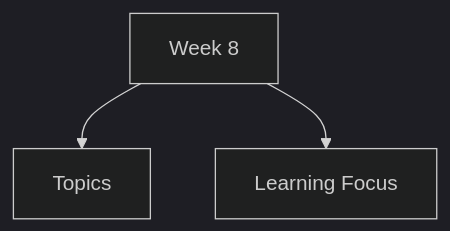
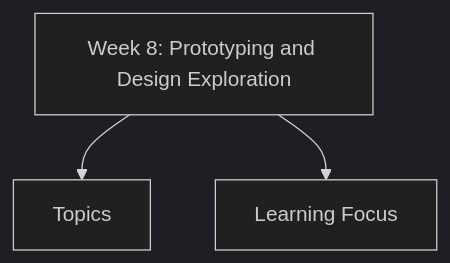
One commit to abdulahshoaib/ahci changed the diagram in content/docs/week-8/_index.md. Above: the diagram before and after it, drawn with Mermaid (dark theme). The commit also changed other lines of this file and 10 other files, not shown here.

````diff
--- a/content/docs/week-8/_index.md
+++ b/content/docs/week-8/_index.md
@@ -11,6 +12,6 @@
 ```mermaid
 flowchart TD
-    T["Week 8"]
+    T["Week 8: Prototyping and Design Exploration"]
     T --> S1["Topics"]
     T --> S2["Learning Focus"]
 ```
````
